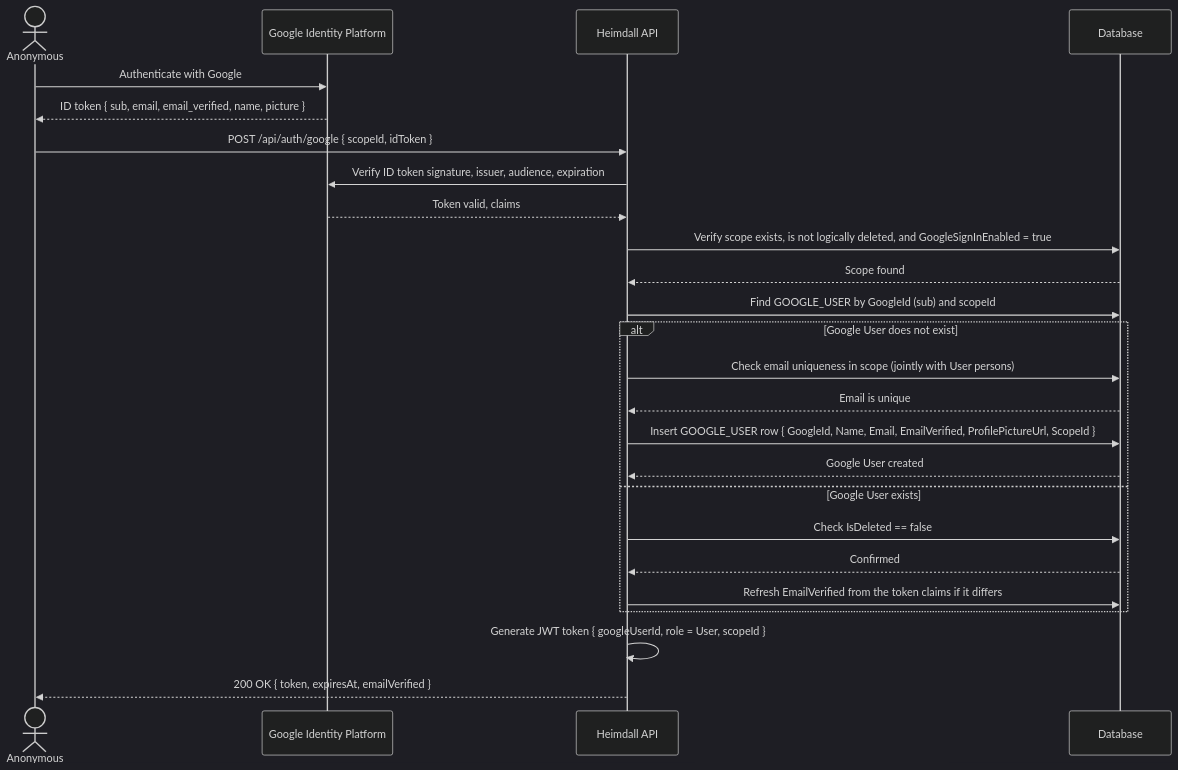
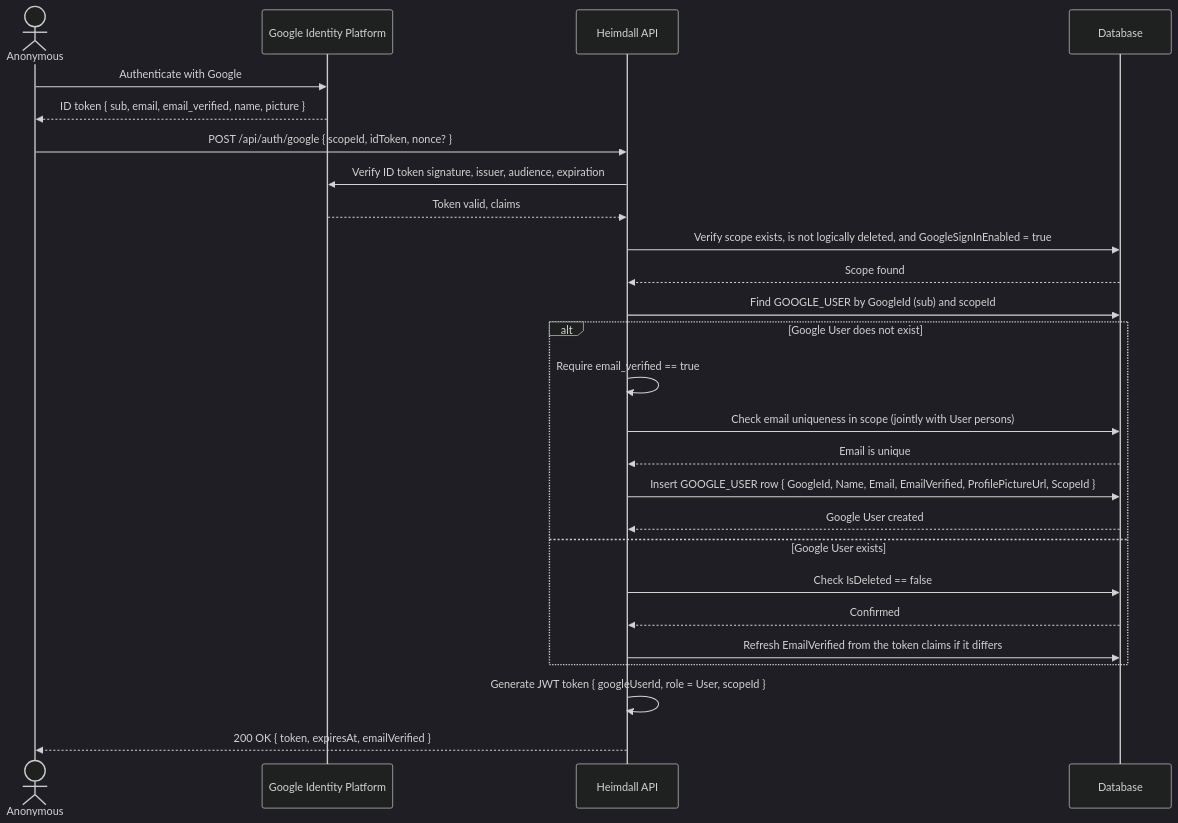
Diagram 14 of 38 in docs/requirements/Use Case Specification Document.md (artur-rios/heimdall-api), drawn with Mermaid (dark theme) before and after one commit. The commit also changed other lines of this file and 14 other files, not shown here.

````diff
--- a/docs/requirements/Use Case Specification Document.md
+++ b/docs/requirements/Use Case Specification Document.md
@@ -1343,28 +1354,29 @@
 ```mermaid
 sequenceDiagram
     actor Caller as Anonymous
     participant GIP as Google Identity Platform
     participant API as Heimdall API
     participant DB as Database
 
     Caller->>GIP: Authenticate with Google
     GIP-->>Caller: ID token { sub, email, email_verified, name, picture }
-    Caller->>API: POST /api/auth/google { scopeId, idToken }
+    Caller->>API: POST /api/auth/google { scopeId, idToken, nonce? }
     API->>GIP: Verify ID token signature, issuer, audience, expiration
     GIP-->>API: Token valid, claims
     API->>DB: Verify scope exists, is not logically deleted, and GoogleSignInEnabled = true
     DB-->>API: Scope found
     API->>DB: Find GOOGLE_USER by GoogleId (sub) and scopeId
     alt Google User does not exist
+        API->>API: Require email_verified == true
         API->>DB: Check email uniqueness in scope (jointly with User persons)
         DB-->>API: Email is unique
         API->>DB: Insert GOOGLE_USER row { GoogleId, Name, Email, EmailVerified, ProfilePictureUrl, ScopeId }
         DB-->>API: Google User created
     else Google User exists
         API->>DB: Check IsDeleted == false
         DB-->>API: Confirmed
         API->>DB: Refresh EmailVerified from the token claims if it differs
     end
     API->>API: Generate JWT token { googleUserId, role = User, scopeId }
     API-->>Caller: 200 OK { token, expiresAt, emailVerified }
 ```
````
